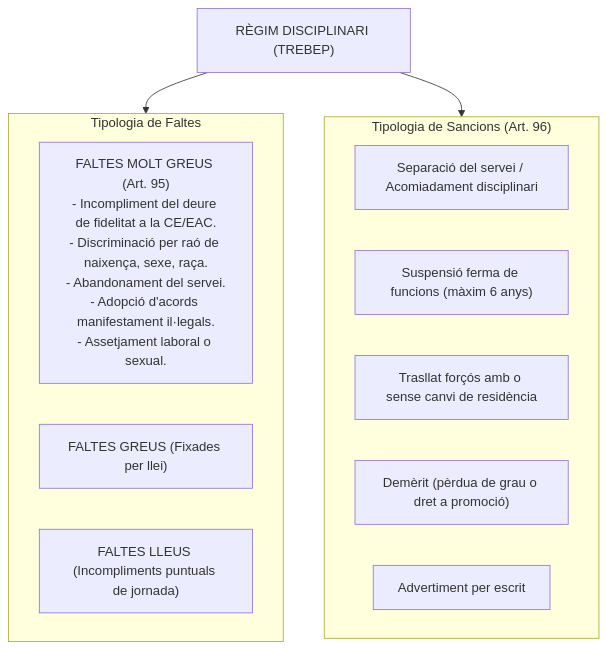
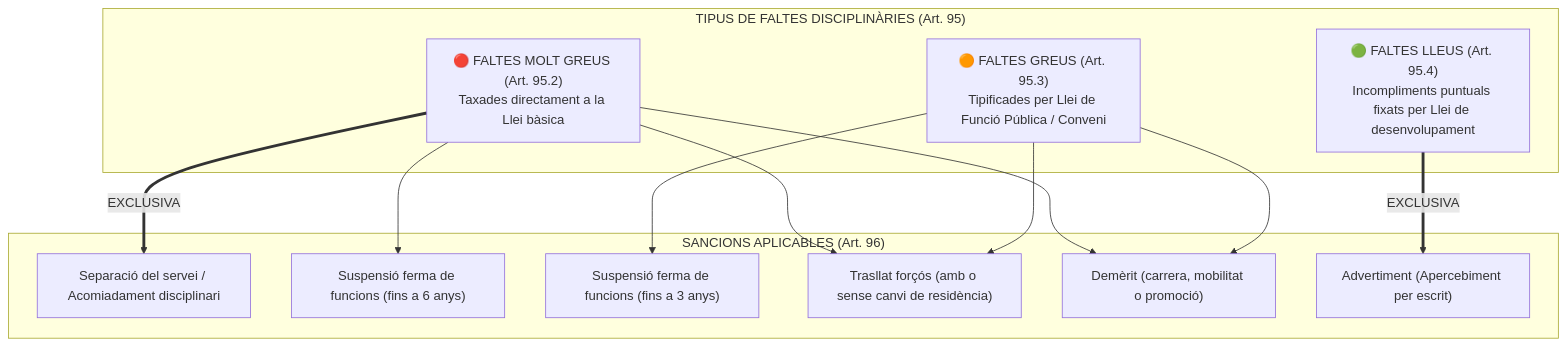
Before and after one commit to oriolmapu/opo: the sixth of 6 diagrams in part_general/16_drets_deures_personal_trebep.md, drawn with Mermaid. The commit also changed other lines of this file, not shown here.

Commit message:
docs(tema-16): incorporar RLT, VLT i connexió amb complements, i clarificar correspondència faltes-sancions segons TREBEP

````diff
--- a/part_general/16_drets_deures_personal_trebep.md
+++ b/part_general/16_drets_deures_personal_trebep.md
@@ -129,21 +196,28 @@
 ```mermaid
 graph TD
-    Disc["RÈGIM DISCIPLINARI (TREBEP)"]
-    
-    subgraph FALTES["Tipologia de Faltes"]
-        FMG["FALTES MOLT GREUS (Art. 95)<br/>- Incompliment del deure de fidelitat a la CE/EAC.<br/>- Discriminació per raó de naixença, sexe, raça.<br/>- Abandonament del servei.<br/>- Adopció d'acords manifestament il·legals.<br/>- Assetjament laboral o sexual."]
-        FG["FALTES GREUS (Fixades per llei)"]
-        FL["FALTES LLEUS (Incompliments puntuals de jornada)"]
+    subgraph FALTES["TIPUS DE FALTES DISCIPLINÀRIES (Art. 95)"]
+        FMG["🔴 FALTES MOLT GREUS (Art. 95.2)<br/>Taxades directament a la Llei bàsica"]
+        FG["🟠 FALTES GREUS (Art. 95.3)<br/>Tipificades per Llei de Funció Pública / Conveni"]
+        FL["🟢 FALTES LLEUS (Art. 95.4)<br/>Incompliments puntuals fixats per Llei de desenvolupament"]
     end
     
-    subgraph SANCIONS["Tipologia de Sancions (Art. 96)"]
-        S1["Separació del servei / Acomiadament disciplinari"]
-        S2["Suspensió ferma de funcions (màxim 6 anys)"]
-        S3["Trasllat forçós amb o sense canvi de residència"]
-        S4["Demèrit (pèrdua de grau o dret a promoció)"]
-        S5["Advertiment per escrit"]
+    subgraph SANCIONS["SANCIONS APLICABLES (Art. 96)"]
+        S_SEP["Separació del servei / Acomiadament disciplinari"]
+        S_SUSP_6["Suspensió ferma de funcions (fins a 6 anys)"]
+        S_SUSP_G["Suspensió ferma de funcions (fins a 3 anys)"]
+        S_TRAS["Trasllat forçós (amb o sense canvi de residència)"]
+        S_DEM["Demèrit (carrera, mobilitat o promoció)"]
+        S_APER["Advertiment (Apercebiment per escrit)"]
     end
 
-    Disc --> FALTES
-    Disc --> SANCIONS
+    FMG ==>|EXCLUSIVA| S_SEP
+    FMG --> S_SUSP_6
+    FMG --> S_TRAS
+    FMG --> S_DEM
+
+    FG --> S_SUSP_G
+    FG --> S_TRAS
+    FG --> S_DEM
+
+    FL ==>|EXCLUSIVA| S_APER
 ```
````
